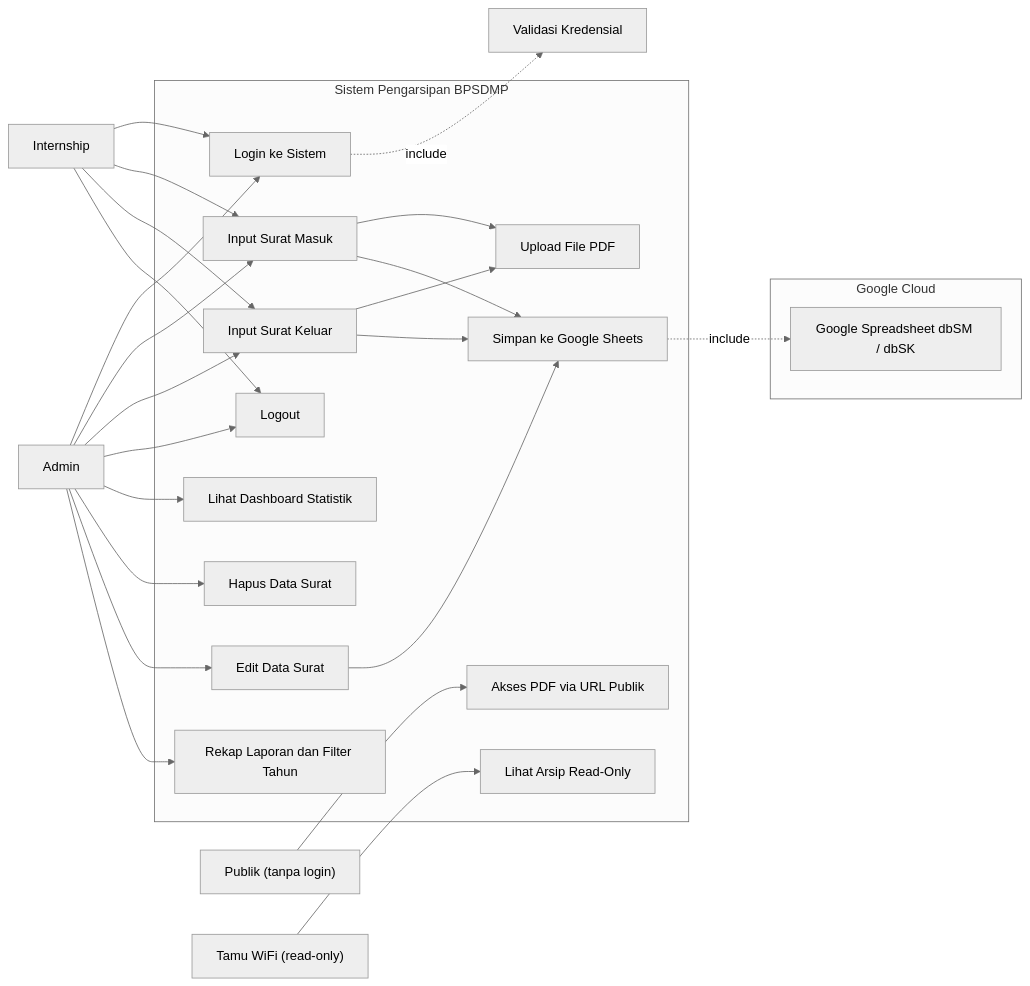
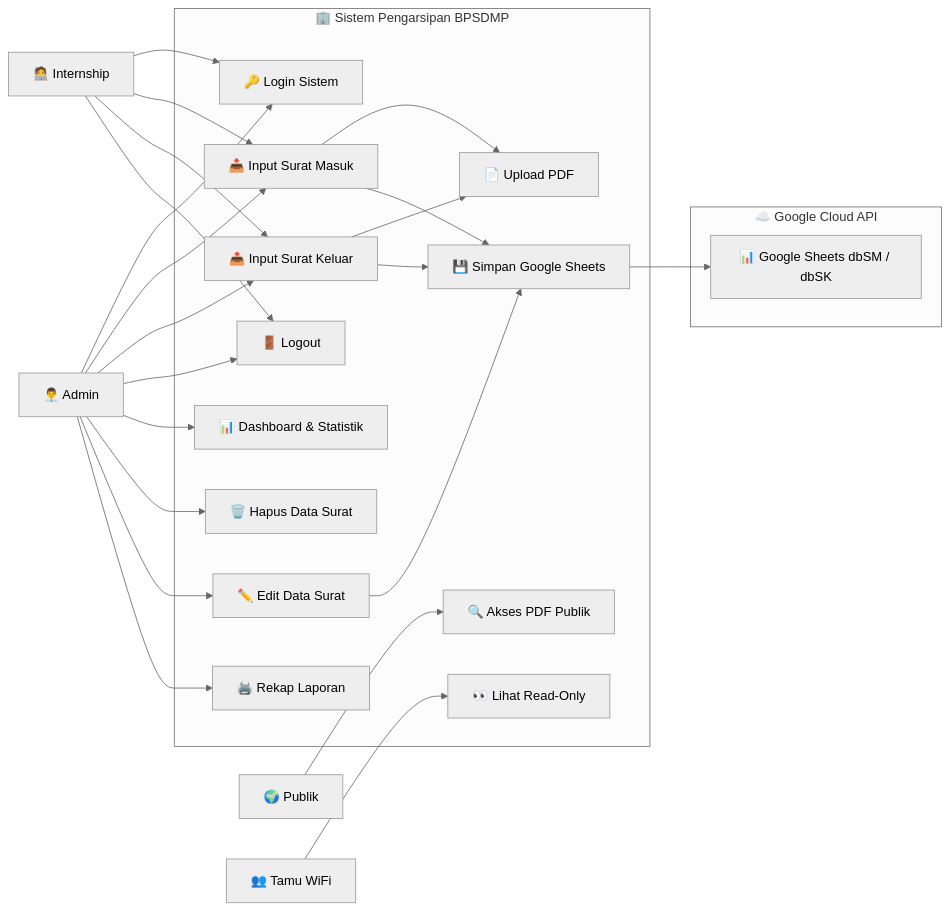
One commit to Rpl087/PROJECT-MAGANG changed the first of 3 diagrams in README.md. Above: the diagram before and after it, drawn with Mermaid (neutral theme). The commit also changed other lines of this file, not shown here.

````diff
--- a/README.md
+++ b/README.md
@@ -62,50 +57,50 @@
 ```mermaid
-graph LR
-    Admin["Admin"]
-    Internship["Internship"]
-    Public["Publik (tanpa login)"]
-    Tamu["Tamu WiFi (read-only)"]
+flowchart LR
+    Admin["👨‍💼 Admin"]
+    Internship["🧑‍💻 Internship"]
+    Public["🌍 Publik"]
+    Tamu["👥 Tamu WiFi"]
 
-    subgraph Sistem["Sistem Pengarsipan BPSDMP"]
-        UC1["Login ke Sistem"]
-        UC2["Input Surat Masuk"]
-        UC3["Input Surat Keluar"]
-        UC4["Upload File PDF"]
-        UC5["Simpan ke Google Sheets"]
-        UC6["Logout"]
-        UC7["Lihat Dashboard Statistik"]
-        UC8["Akses PDF via URL Publik"]
-        UC9["Hapus Data Surat"]
-        UC10["Lihat Arsip Read-Only"]
-        UC11["Edit Data Surat"]
-        UC12["Rekap Laporan dan Filter Tahun"]
-
-        UC2 --> UC4
-        UC3 --> UC4
-        UC2 --> UC5
-        UC3 --> UC5
-        UC11 --> UC5
+    subgraph System ["🏢 Sistem Pengarsipan BPSDMP"]
+        UC1["🔑 Login Sistem"]
+        UC2["📥 Input Surat Masuk"]
+        UC3["📤 Input Surat Keluar"]
+        UC4["📄 Upload PDF"]
+        UC5["💾 Simpan Google Sheets"]
+        UC6["🚪 Logout"]
+        UC7["📊 Dashboard & Statistik"]
+        UC8["🔍 Akses PDF Publik"]
+        UC9["🗑️ Hapus Data Surat"]
+        UC10["👀 Lihat Read-Only"]
+        UC11["✏️ Edit Data Surat"]
+        UC12["🖨️ Rekap Laporan"]
     end
 
-    subgraph Google["Google Cloud"]
-        GS["Google Spreadsheet dbSM / dbSK"]
+    subgraph Cloud ["☁️ Google Cloud API"]
+        GS["📊 Google Sheets dbSM / dbSK"]
     end
 
     Admin --> UC1
     Admin --> UC2
     Admin --> UC3
     Admin --> UC6
     Admin --> UC7
     Admin --> UC9
     Admin --> UC11
     Admin --> UC12
+
     Internship --> UC1
     Internship --> UC2
     Internship --> UC3
     Internship --> UC6
+
     Public --> UC8
     Tamu --> UC10
 
-    UC1 -.->|include| VALID["Validasi Kredensial"]
-    UC5 -.->|include| GS
+    UC2 --> UC4
+    UC3 --> UC4
+    UC2 --> UC5
+    UC3 --> UC5
+    UC11 --> UC5
+    UC5 --> GS
 ```
````
